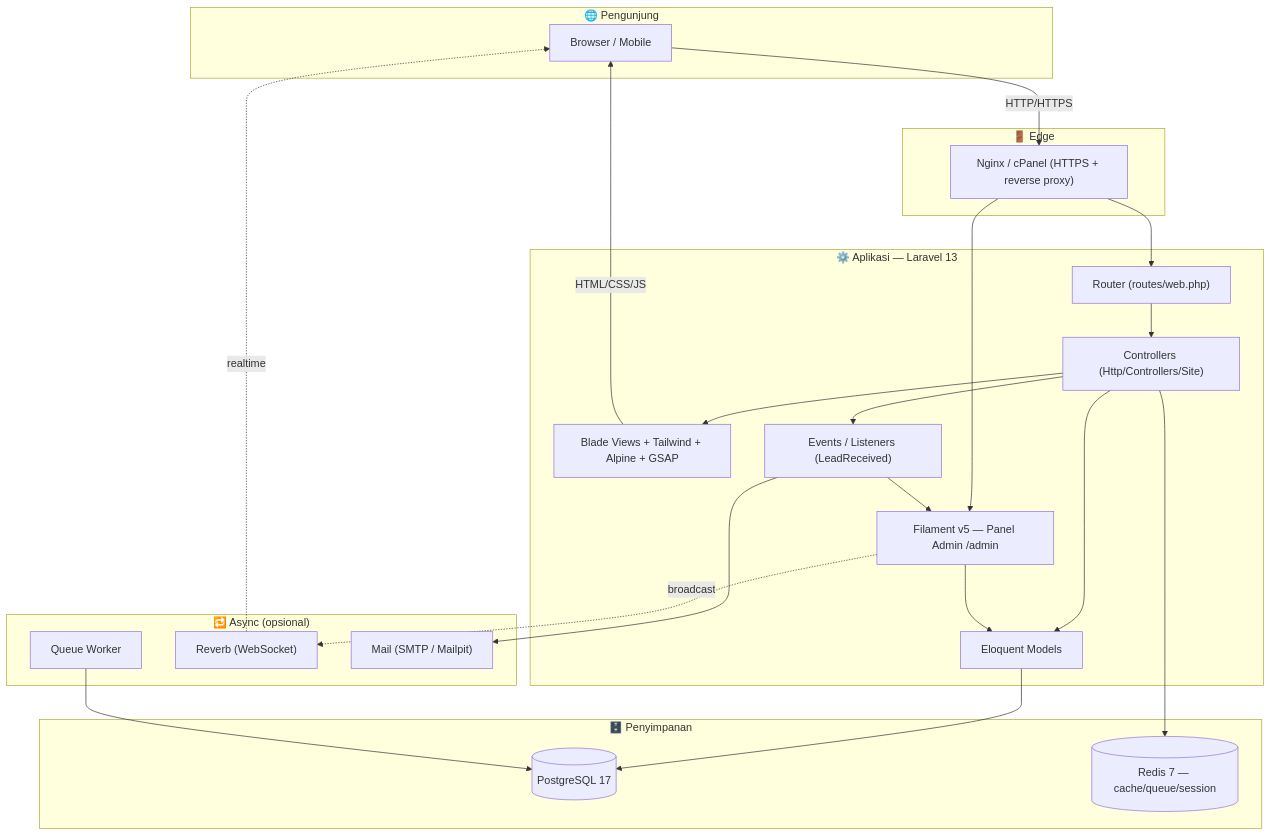
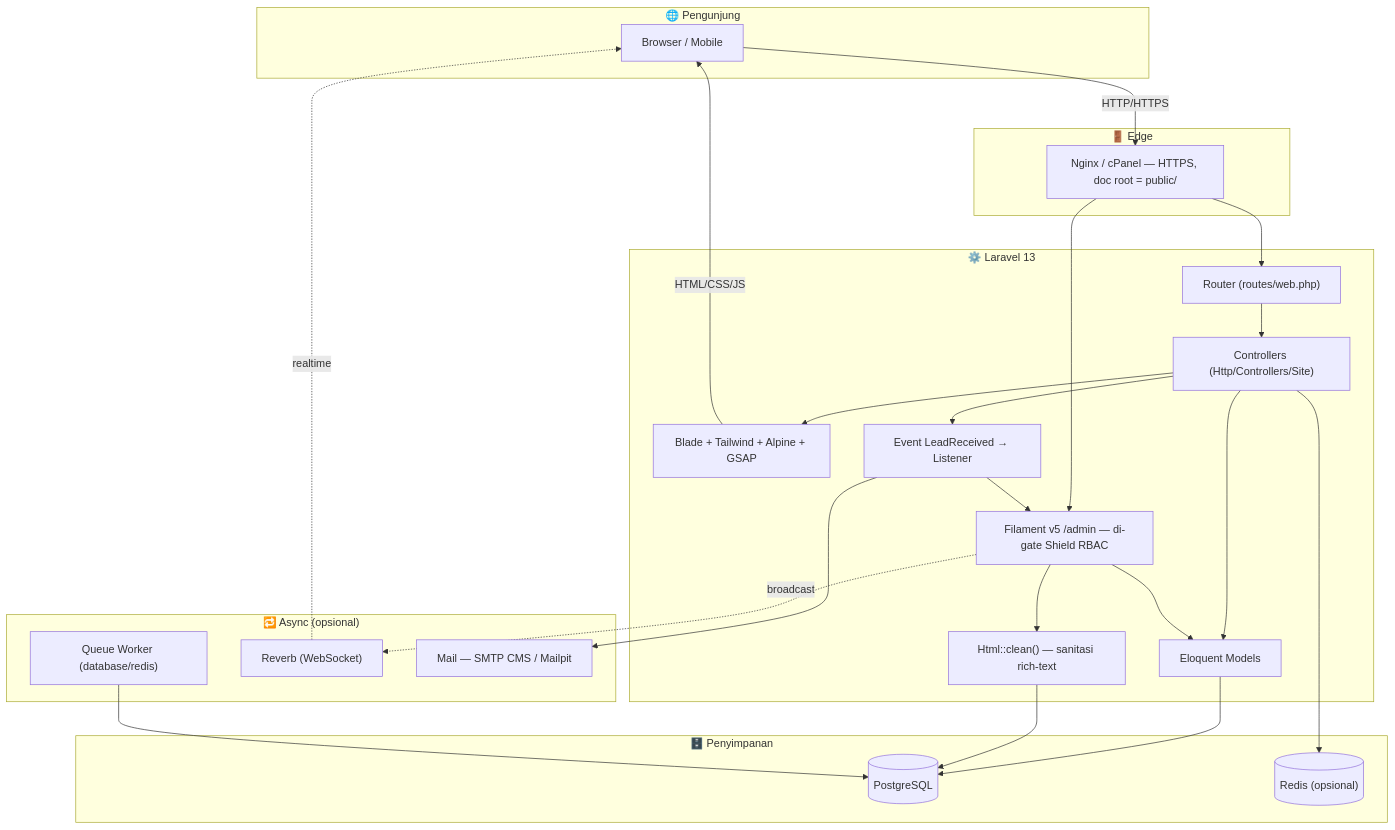
The first of 6 diagrams in README.md (creativetrees/Compeny), drawn with Mermaid before and after one commit. The commit also changed other lines of this file, not shown here.

First line of the commit message:
docs(readme): rewrite — correct RBAC model + full cPanel-terminal guide

````diff
--- a/README.md
+++ b/README.md
@@ -105,40 +94,38 @@
 ```mermaid
 graph TB
     subgraph CLIENT["🌐 Pengunjung"]
         B["Browser / Mobile"]
     end
-
     subgraph EDGE["🚪 Edge"]
-        NG["Nginx / cPanel (HTTPS + reverse proxy)"]
+        NG["Nginx / cPanel — HTTPS, doc root = public/"]
     end
-
-    subgraph APP["⚙️ Aplikasi — Laravel 13"]
+    subgraph APP["⚙️ Laravel 13"]
         RT["Router (routes/web.php)"]
         CTRL["Controllers (Http/Controllers/Site)"]
-        VIEW["Blade Views + Tailwind + Alpine + GSAP"]
-        FIL["Filament v5 — Panel Admin /admin"]
+        VIEW["Blade + Tailwind + Alpine + GSAP"]
+        FIL["Filament v5 /admin — di-gate Shield RBAC"]
         MODEL["Eloquent Models"]
-        EVT["Events / Listeners (LeadReceived)"]
+        EVT["Event LeadReceived → Listener"]
+        SAN["Html::clean() — sanitasi rich-text"]
     end
-
     subgraph DATA["🗄️ Penyimpanan"]
-        PG[("PostgreSQL 17")]
-        RD[("Redis 7 — cache/queue/session")]
+        PG[("PostgreSQL")]
+        RD[("Redis (opsional)")]
     end
-
     subgraph ASYNC["🔁 Async (opsional)"]
-        QUEUE["Queue Worker"]
+        QUEUE["Queue Worker (database/redis)"]
         REVERB["Reverb (WebSocket)"]
-        MAIL["Mail (SMTP / Mailpit)"]
+        MAIL["Mail — SMTP CMS / Mailpit"]
     end
 
     B -->|HTTP/HTTPS| NG --> RT --> CTRL
     CTRL --> MODEL --> PG
     CTRL --> VIEW -->|HTML/CSS/JS| B
     NG --> FIL --> MODEL
+    FIL --> SAN --> PG
     CTRL --> RD
     CTRL --> EVT --> MAIL
     EVT --> FIL
     QUEUE --> PG
     FIL -. broadcast .-> REVERB -. realtime .-> B
 ```
````
